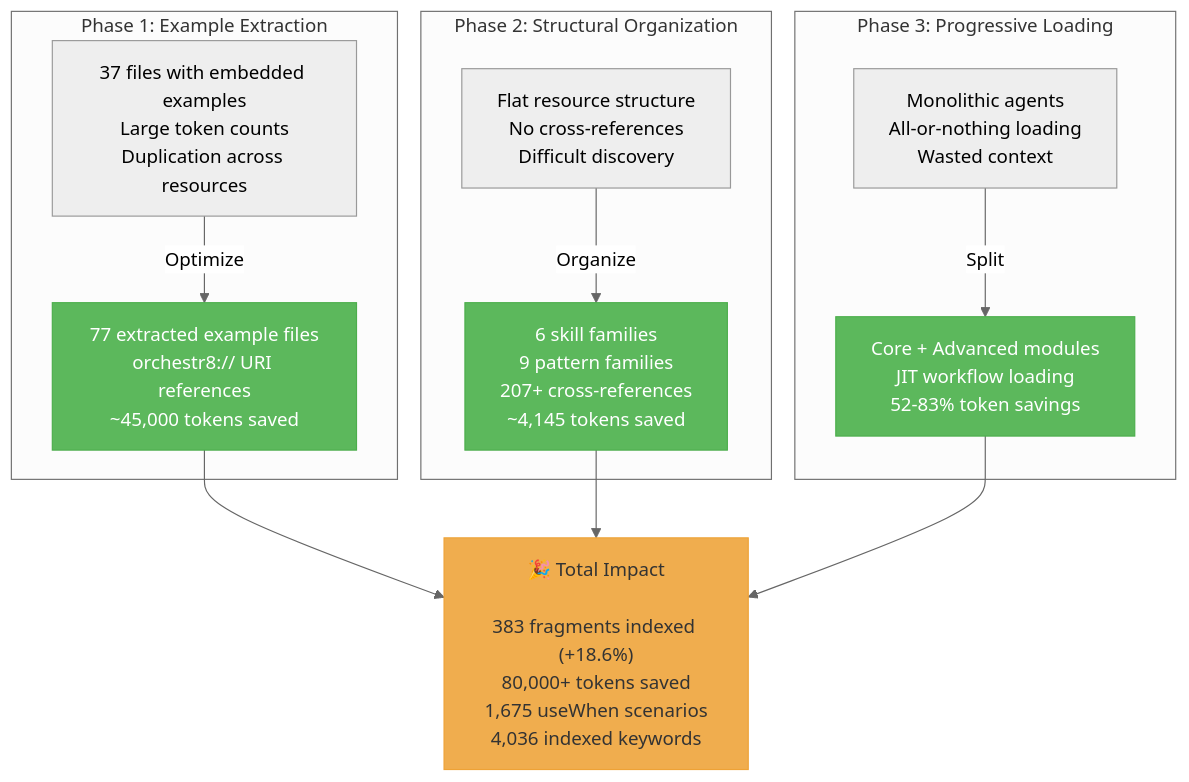
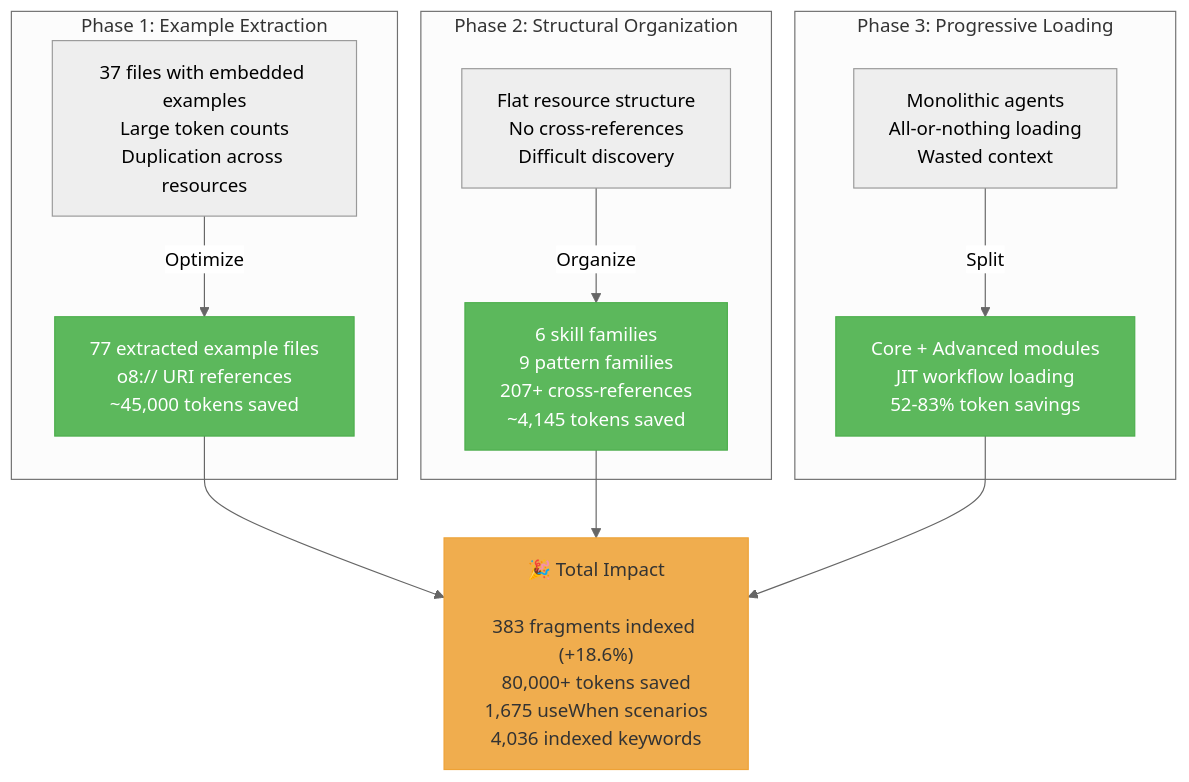
Before and after one commit to gobrucego/o8: the ninth of 9 diagrams in plugins/o8/docs/images/diagrams-v8-updated.md, drawn with Mermaid (neutral theme). The commit also changed other lines of this file and 323 other files, not shown here.

````diff
--- a/plugins/o8/docs/images/diagrams-v8-updated.md
+++ b/plugins/o8/docs/images/diagrams-v8-updated.md
@@ -278,34 +278,34 @@
 ```mermaid
 graph TB
     subgraph "Phase 1: Example Extraction"
         P1_Before["37 files with embedded examples<br/>Large token counts<br/>Duplication across resources"]
-        P1_After["77 extracted example files<br/>orchestr8:// URI references<br/>~45,000 tokens saved"]
+        P1_After["77 extracted example files<br/>o8:// URI references<br/>~45,000 tokens saved"]
 
         P1_Before -->|Optimize| P1_After
     end
 
     subgraph "Phase 2: Structural Organization"
         P2_Before["Flat resource structure<br/>No cross-references<br/>Difficult discovery"]
         P2_After["6 skill families<br/>9 pattern families<br/>207+ cross-references<br/>~4,145 tokens saved"]
 
         P2_Before -->|Organize| P2_After
     end
 
     subgraph "Phase 3: Progressive Loading"
         P3_Before["Monolithic agents<br/>All-or-nothing loading<br/>Wasted context"]
         P3_After["Core + Advanced modules<br/>JIT workflow loading<br/>52-83% token savings"]
 
         P3_Before -->|Split| P3_After
     end
 
     Result["🎉 Total Impact<br/><br/>383 fragments indexed (+18.6%)<br/>80,000+ tokens saved<br/>1,675 useWhen scenarios<br/>4,036 indexed keywords"]
 
     P1_After --> Result
     P2_After --> Result
     P3_After --> Result
 
     style P1_After fill:#5cb85c,stroke:#4cae4c,color:#fff
     style P2_After fill:#5cb85c,stroke:#4cae4c,color:#fff
     style P3_After fill:#5cb85c,stroke:#4cae4c,color:#fff
     style Result fill:#f0ad4e,stroke:#eea236,color:#333
 ```
````
